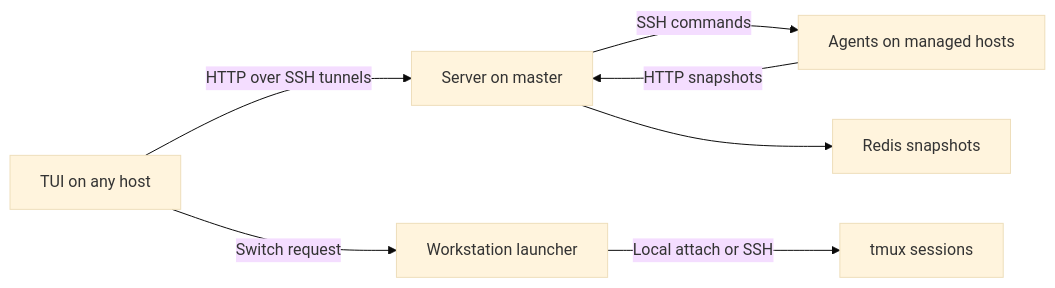
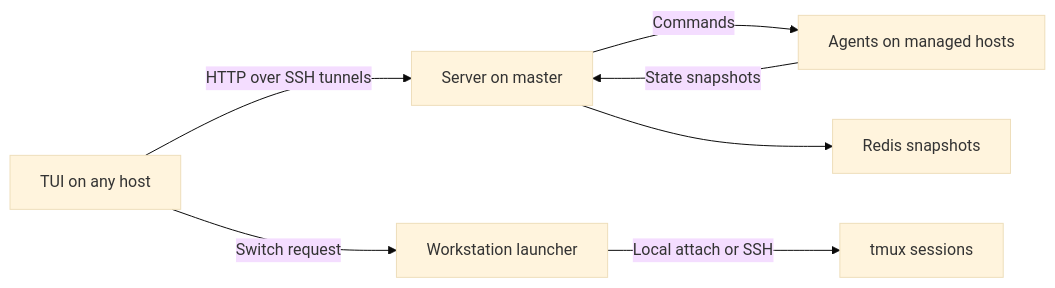
The diagram in README.md (dzhiblavi/multienv), drawn with Mermaid (base theme) before and after one commit. The commit also changed other lines of this file and 13 other files, not shown here.

````diff
--- a/README.md
+++ b/README.md
@@ -588,9 +590,9 @@
 ```mermaid
 flowchart LR
     TUI["TUI on any host"] -->|HTTP over SSH tunnels| Server["Server on master"]
-    Server -->|SSH commands| Agents["Agents on managed hosts"]
-    Agents -->|HTTP snapshots| Server
+    Server -->|Commands| Agents["Agents on managed hosts"]
+    Agents -->|"State snapshots"| Server
     Server --> Redis["Redis snapshots"]
     TUI -->|Switch request| Launcher["Workstation launcher"]
     Launcher -->|Local attach or SSH| Sessions["tmux sessions"]
 ```
````
